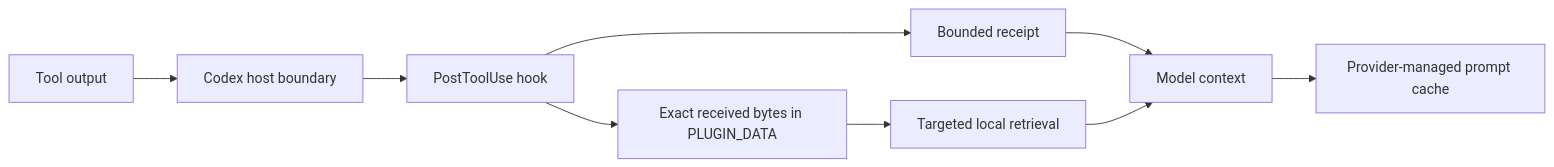
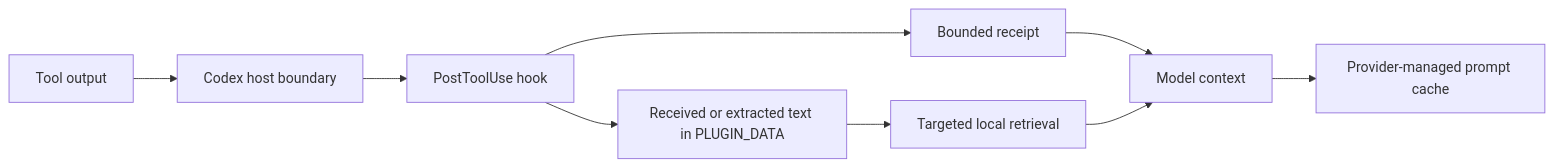
Before and after one commit to DmitrL-dev/SoLCodex: the diagram in docs/research/2026-09-23-context-efficiency.md, drawn with Mermaid. The commit also changed other lines of this file and 7 other files, not shown here.

````diff
--- a/docs/research/2026-09-23-context-efficiency.md
+++ b/docs/research/2026-09-23-context-efficiency.md
@@ -9,11 +9,11 @@
 ```mermaid
 flowchart LR
   A[Tool output] --> B[Codex host boundary]
   B --> C[PostToolUse hook]
-  C --> D[Exact received bytes in PLUGIN_DATA]
+  C --> D[Received or extracted text in PLUGIN_DATA]
   C --> E[Bounded receipt]
   E --> F[Model context]
   F --> G[Provider-managed prompt cache]
   D --> H[Targeted local retrieval]
   H --> F
 ```
````
